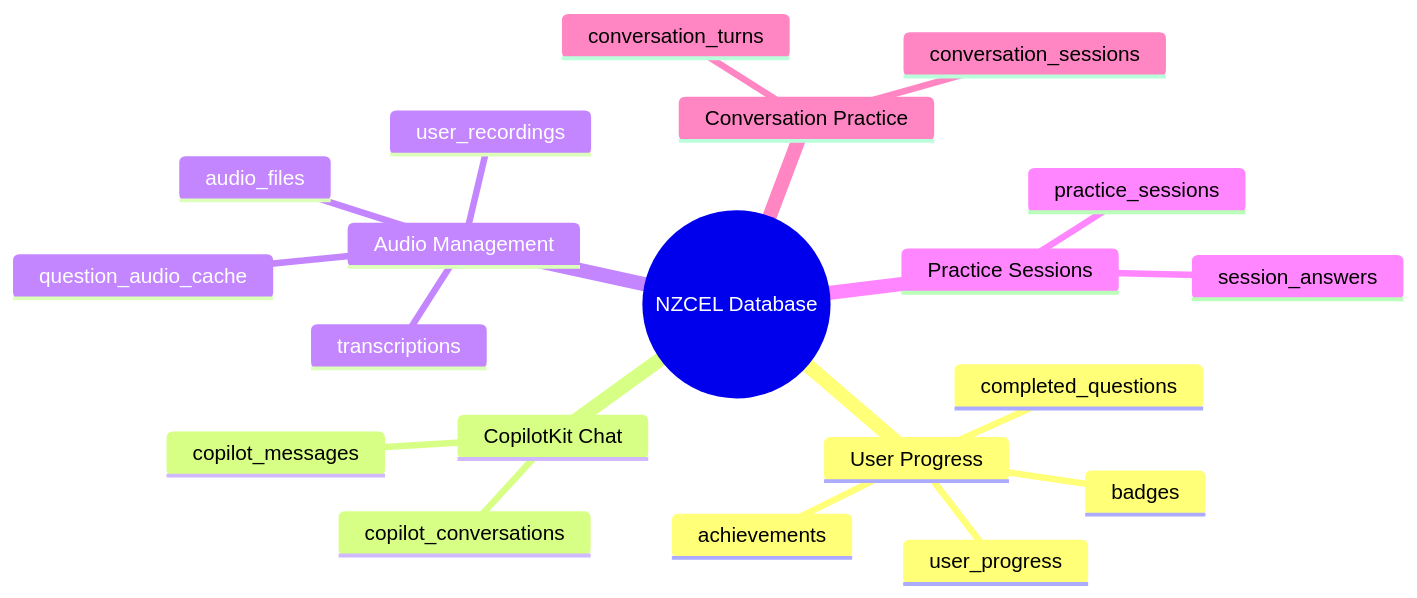
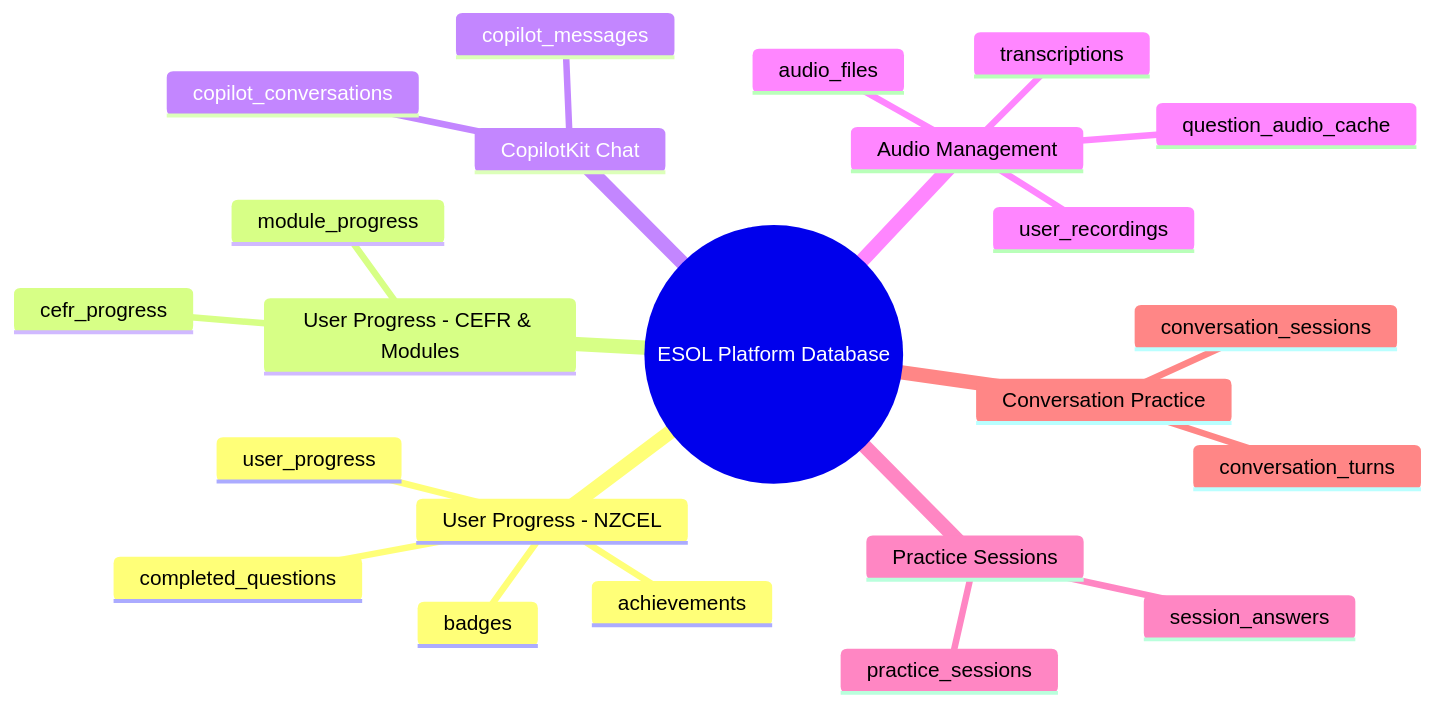
One commit to ChanMeng666/esol-learning-platform changed the first of 7 diagrams in DATABASE_ARCHITECTURE.md. Above: the diagram before and after it, drawn with Mermaid. The commit also changed other lines of this file and 2 other files, not shown here.

First line of the commit message:
docs(architecture): update documentation for multi-module ESOL platform

````diff
--- a/DATABASE_ARCHITECTURE.md
+++ b/DATABASE_ARCHITECTURE.md
@@ -34,23 +35,26 @@
 ```mermaid
 mindmap
-  root((NZCEL Database))
-    User Progress
+  root((ESOL Platform Database))
+    User Progress - NZCEL
       user_progress
       completed_questions
       badges
       achievements
+    User Progress - CEFR & Modules
+      cefr_progress
+      module_progress
     CopilotKit Chat
       copilot_conversations
       copilot_messages
     Audio Management
       audio_files
       question_audio_cache
       user_recordings
       transcriptions
     Practice Sessions
       practice_sessions
       session_answers
     Conversation Practice
       conversation_sessions
       conversation_turns
 ```
````
